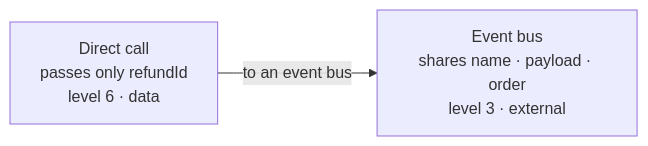
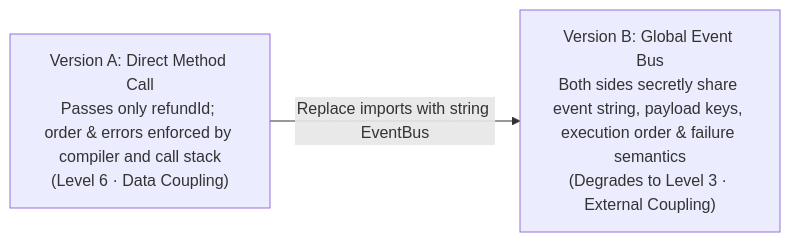
The first of 2 diagrams in src/content/notes/en/three-invisible-couplings.md (ffzz/blog), drawn with Mermaid before and after one commit. The commit also changed other lines of this file and 16 other files, not shown here.

````diff
--- a/src/content/notes/en/three-invisible-couplings.md
+++ b/src/content/notes/en/three-invisible-couplings.md
@@ -106,4 +134,4 @@
 ```mermaid
 flowchart LR
-   A["Direct call<br/>passes only refundId<br/>level 6 · data"] -->|"to an event bus"| B["Event bus<br/>shares name · payload · order<br/>level 3 · external"]
+    A["Version A: Direct Method Call<br/>Passes only refundId; order & errors enforced by compiler and call stack<br/>(Level 6 · Data Coupling)"] -->|"Replace imports with string EventBus"| B["Version B: Global Event Bus<br/>Both sides secretly share event string, payload keys, execution order & failure semantics<br/>(Degrades to Level 3 · External Coupling)"]
 ```
````
